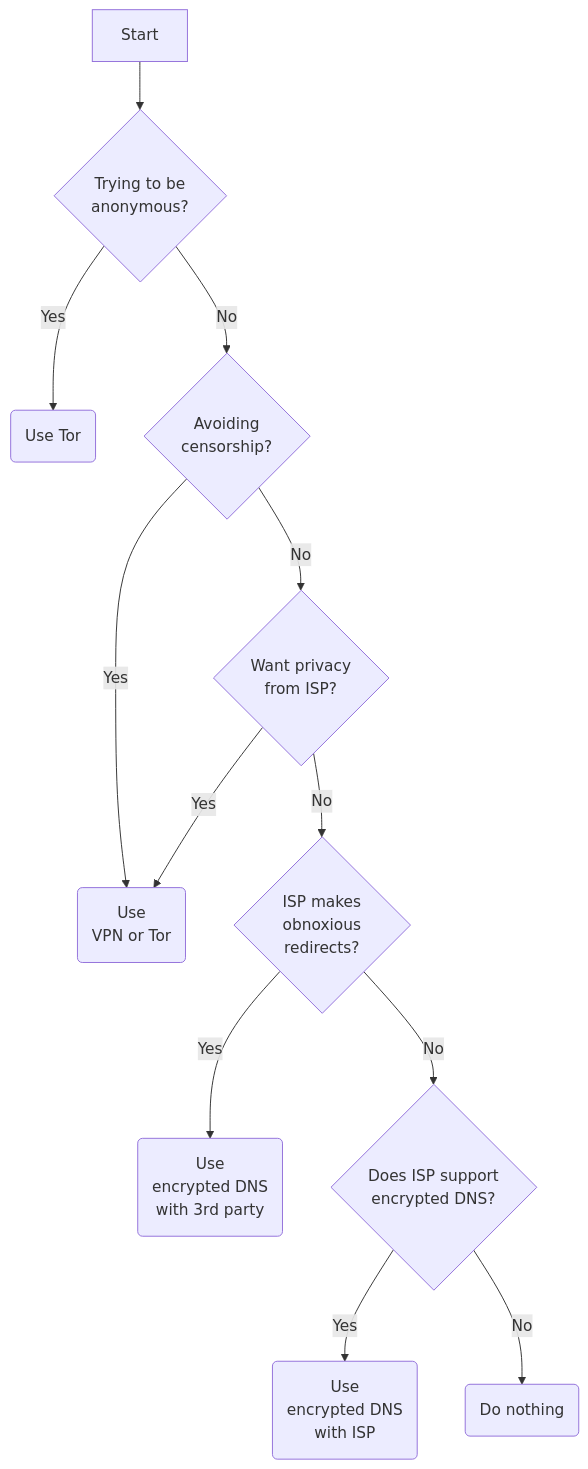
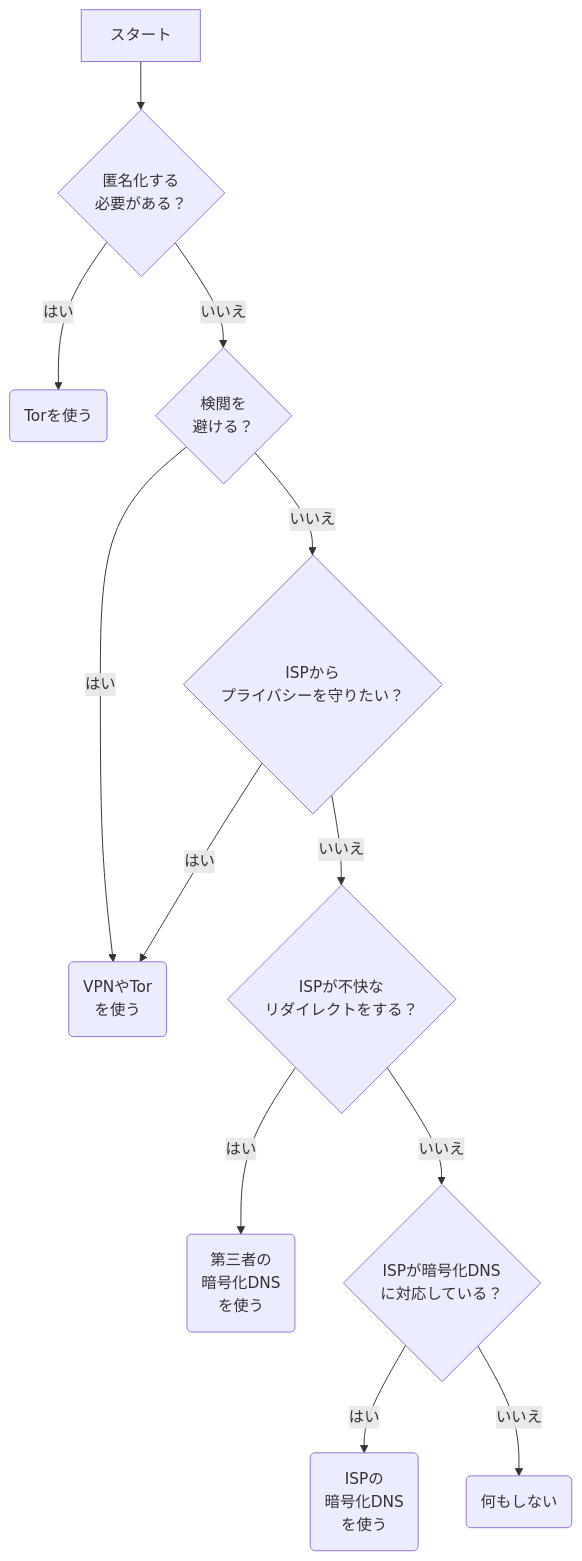
The diagram in i18n/ja/advanced/dns-overview.md (privacyguides/i18n), drawn with Mermaid before and after one commit. The commit also changed other lines of this file, not shown here.

Commit message:
New Crowdin translations by GitHub Action

````diff
--- a/i18n/ja/advanced/dns-overview.md
+++ b/i18n/ja/advanced/dns-overview.md
@@ -281,14 +281,14 @@
 ``` mermaid
 graph TB
-    Start[Start] --> anonymous{Trying to be<br> anonymous?}
-    anonymous--> | Yes | tor(Use Tor)
-    anonymous --> | No | censorship{Avoiding<br> censorship?}
-    censorship --> | Yes | vpnOrTor(Use<br> VPN or Tor)
-    censorship --> | No | privacy{Want privacy<br> from ISP?}
-    privacy --> | Yes | vpnOrTor
-    privacy --> | No | obnoxious{ISP makes<br> obnoxious<br> redirects?}
-    obnoxious --> | Yes | encryptedDNS(Use<br> encrypted DNS<br> with 3rd party)
-    obnoxious --> | No | ispDNS{Does ISP support<br> encrypted DNS?}
-    ispDNS --> | Yes | useISP(Use<br> encrypted DNS<br> with ISP)
-    ispDNS --> | No | nothing(Do nothing)
+    Start[スタート] --> anonymous{匿名化する<br>必要がある？}
+    anonymous--> | はい | tor(Torを使う)
+    anonymous --> | いいえ | censorship{検閲を<br>避ける？}
+    censorship --> | はい | vpnOrTor(VPNやTor<br>を使う)
+    censorship --> | いいえ | privacy{ISPから<br>プライバシーを守りたい？}
+    privacy --> | はい | vpnOrTor
+    privacy --> | いいえ | obnoxious{ISPが不快な<br>リダイレクトをする？}
+    obnoxious --> | はい | encryptedDNS(第三者の<br>暗号化DNS<br>を使う)
+    obnoxious --> | いいえ | ispDNS{ISPが暗号化DNS<br>に対応している？}
+    ispDNS --> | はい | useISP(ISPの<br>暗号化DNS<br>を使う)
+    ispDNS --> | いいえ | nothing(何もしない)
 ```
````
